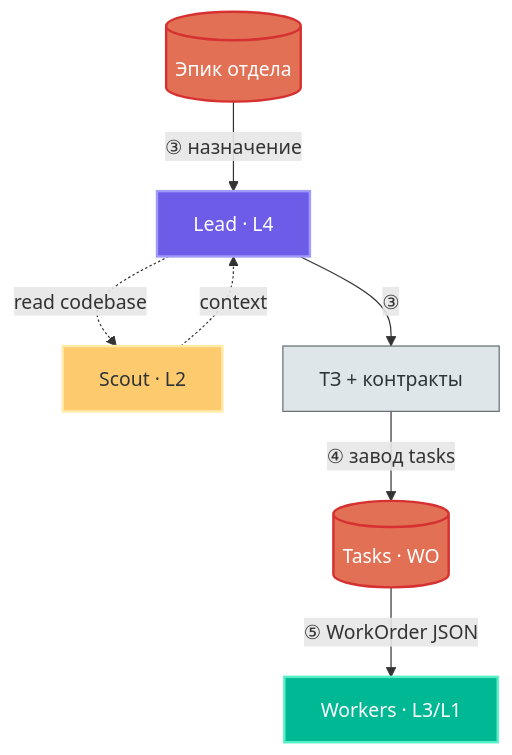
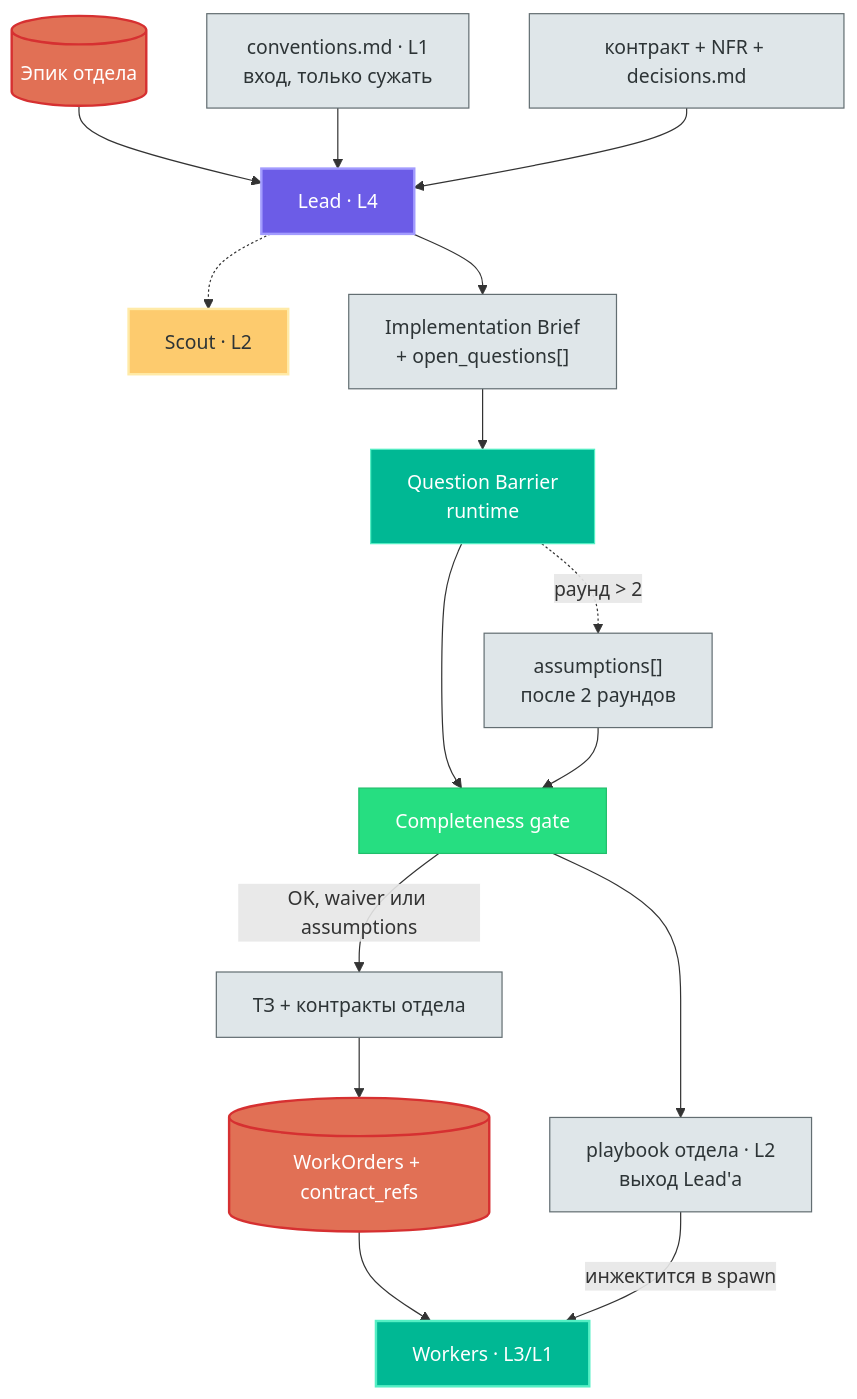
Diagram 15 of 21 in docs/architecture/orchestra-routing.md (GreyKxtx/Orchestra), drawn with Mermaid before and after one commit. The commit also changed other lines of this file and 108 other files, not shown here.

First line of the commit message:
feat(orchestra): vNext SDLC runtime — gates, contract epoch, question barrier, tier labels

````diff
--- a/docs/architecture/orchestra-routing.md
+++ b/docs/architecture/orchestra-routing.md
@@ -564,22 +1183,36 @@
 ```mermaid
 flowchart TB
     classDef tracker fill:#e17055,stroke:#d63031,stroke-width:2px,color:#fff
     classDef dept fill:#6c5ce7,stroke:#a29bfe,stroke-width:2px,color:#fff
     classDef scout fill:#fdcb6e,stroke:#ffeaa7,stroke-width:2px,color:#2d3436
     classDef worker fill:#00b894,stroke:#55efc4,stroke-width:2px,color:#fff
     classDef artifact fill:#dfe6e9,stroke:#636e72,color:#2d3436
+    classDef gate fill:#26de81,stroke:#20bf6b,color:#fff
+    classDef rt fill:#00b894,stroke:#55efc4,color:#fff
 
     Epic[("Эпик отдела")]:::tracker
+    PB["conventions.md · L1<br>вход, только сужать"]:::artifact
+    Contract["контракт + NFR + decisions.md"]:::artifact
+    PB2["playbook отдела · L2<br>выход Lead'а"]:::artifact
     Lead["Lead · L4"]:::dept
     Scout["Scout · L2"]:::scout
-    TZ["ТЗ + контракты"]:::artifact
-    Tasks[("Tasks · WO")]:::tracker
+    Brief["Implementation Brief<br>+ open_questions[]"]:::artifact
+    BAR["Question Barrier<br>runtime"]:::rt
+    Complete["Completeness gate"]:::gate
+    Assume["assumptions[]<br>после 2 раундов"]:::artifact
+    TZ["ТЗ + контракты отдела"]:::artifact
+    Tasks[("WorkOrders + contract_refs")]:::tracker
     Workers["Workers · L3/L1"]:::worker
 
-    Epic -->|"③ назначение"| Lead
-    Lead -.->|"read codebase"| Scout
-    Scout -.->|"context"| Lead
-    Lead -->|"③"| TZ
-    TZ -->|"④ завод tasks"| Tasks
-    Tasks -->|"⑤ WorkOrder JSON"| Workers
+    Epic --> Lead
+    PB --> Lead
+    Contract --> Lead
+    Lead -.-> Scout
+    Lead --> Brief --> BAR
+    BAR --> Complete
+    BAR -.->|"раунд > 2"| Assume --> Complete
+    Complete -->|"OK, waiver или assumptions"| TZ
+    Complete --> PB2
+    TZ --> Tasks --> Workers
+    PB2 -->|"инжектится в spawn"| Workers
 ```
````
